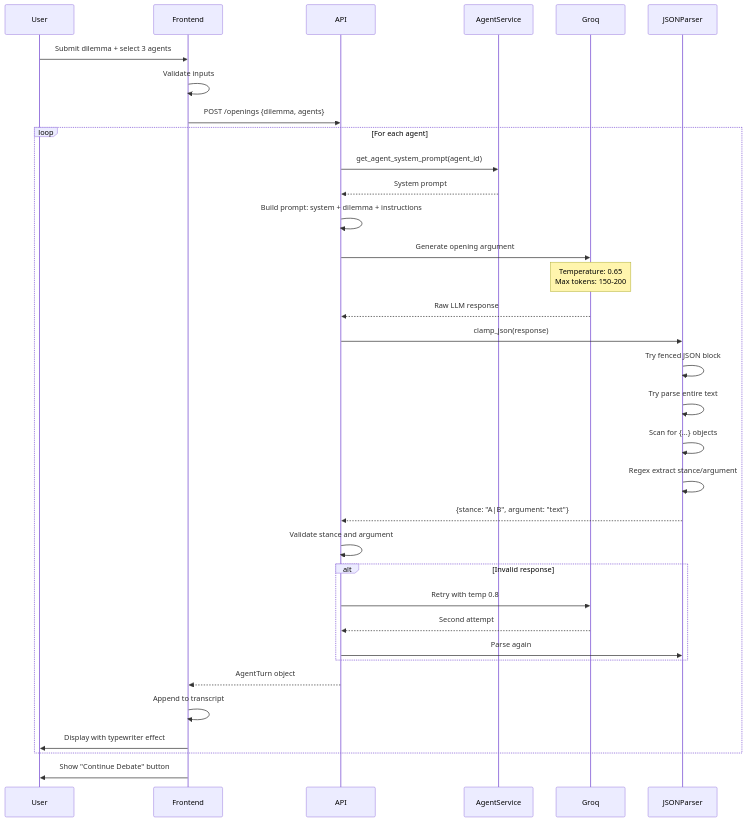
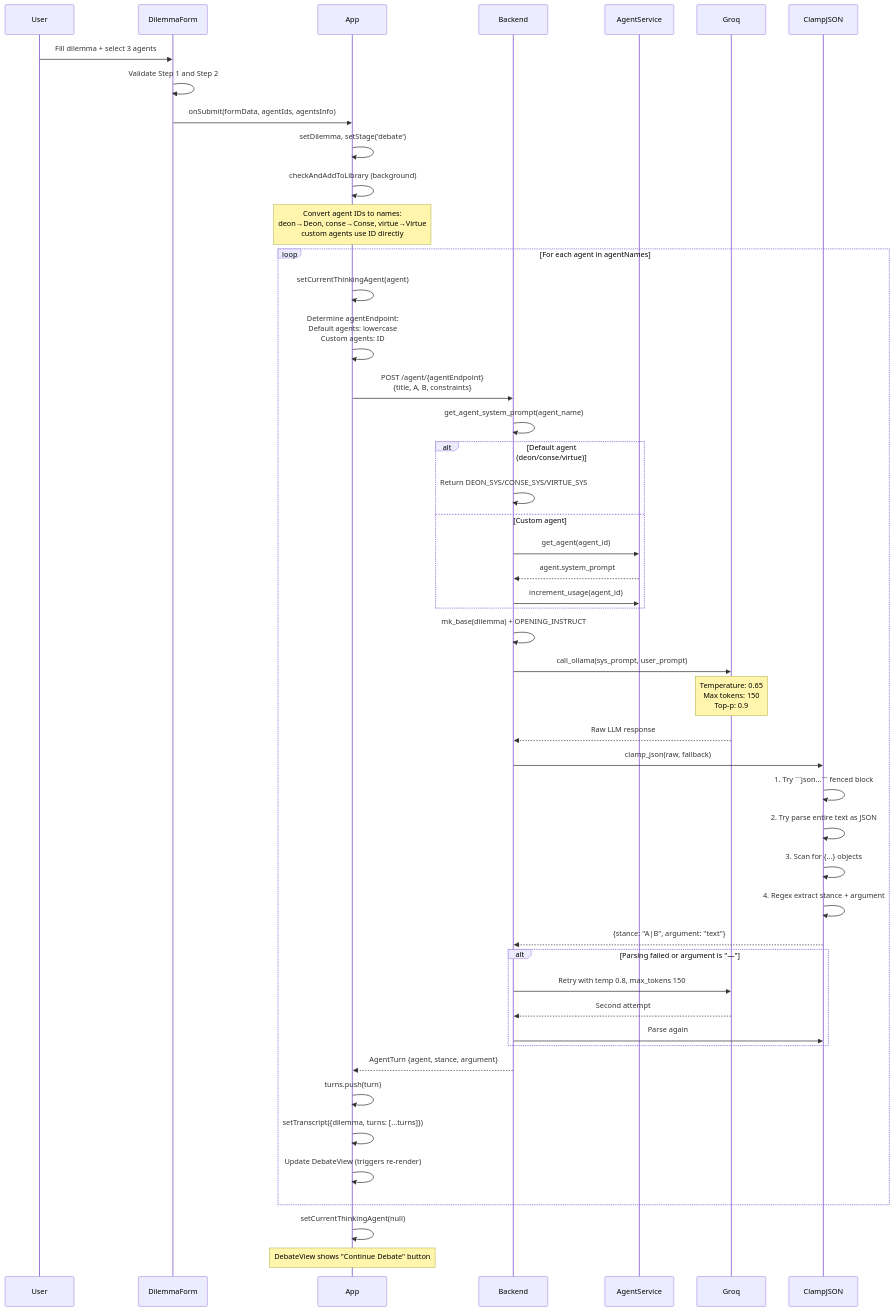
The second of 9 diagrams in docs/feature-architecture-diagrams.md (khattam/MirrorMind-AI), drawn with Mermaid before and after one commit. The commit also changed other lines of this file, not shown here.

Commit message:
Fix 1.2 Data Flow - use actual /agent/{name} loop instead of /openings endpoint

````diff
--- a/docs/feature-architecture-diagrams.md
+++ b/docs/feature-architecture-diagrams.md
@@ -134,39 +122,63 @@
 ```mermaid
 sequenceDiagram
     participant User
-    participant Frontend
-    participant API
+    participant DilemmaForm
+    participant App
+    participant Backend
     participant AgentService
     participant Groq
-    participant JSONParser
+    participant ClampJSON
     
-    User->>Frontend: Submit dilemma + select 3 agents
-    Frontend->>Frontend: Validate inputs
-    Frontend->>API: POST /openings {dilemma, agents}
+    User->>DilemmaForm: Fill dilemma + select 3 agents
+    DilemmaForm->>DilemmaForm: Validate Step 1 and Step 2
+    DilemmaForm->>App: onSubmit(formData, agentIds, agentsInfo)
     
-    loop For each agent
-        API->>AgentService: get_agent_system_prompt(agent_id)
-        AgentService-->>API: System prompt
-        API->>API: Build prompt: system + dilemma + instructions
-        API->>Groq: Generate opening argument
-        Note over Groq: Temperature: 0.65<br/>Max tokens: 150-200
-        Groq-->>API: Raw LLM response
-        API->>JSONParser: clamp_json(response)
-        JSONParser->>JSONParser: Try fenced JSON block
-        JSONParser->>JSONParser: Try parse entire text
-        JSONParser->>JSONParser: Scan for {...} objects
-        JSONParser->>JSONParser: Regex extract stance/argument
-        JSONParser-->>API: {stance: "A|B", argument: "text"}
-        API->>API: Validate stance and argument
-        alt Invalid response
-            API->>Groq: Retry with temp 0.8
-            Groq-->>API: Second attempt
-            API->>JSONParser: Parse again
+    App->>App: setDilemma, setStage('debate')
+    App->>App: checkAndAddToLibrary (background)
+    
+    Note over App: Convert agent IDs to names:<br/>deon→Deon, conse→Conse, virtue→Virtue<br/>custom agents use ID directly
+    
+    loop For each agent in agentNames
+        App->>App: setCurrentThinkingAgent(agent)
+        
+        App->>App: Determine agentEndpoint:<br/>Default agents: lowercase<br/>Custom agents: ID
+        
+        App->>Backend: POST /agent/{agentEndpoint}<br/>{title, A, B, constraints}
+        
+        Backend->>Backend: get_agent_system_prompt(agent_name)
+        
+        alt Default agent (deon/conse/virtue)
+            Backend->>Backend: Return DEON_SYS/CONSE_SYS/VIRTUE_SYS
+        else Custom agent
+            Backend->>AgentService: get_agent(agent_id)
+            AgentService-->>Backend: agent.system_prompt
+            Backend->>AgentService: increment_usage(agent_id)
         end
-        API-->>Frontend: AgentTurn object
-        Frontend->>Frontend: Append to transcript
-        Frontend->>User: Display with typewriter effect
+        
+        Backend->>Backend: mk_base(dilemma) + OPENING_INSTRUCT
+        Backend->>Groq: call_ollama(sys_prompt, user_prompt)
+        Note over Groq: Temperature: 0.65<br/>Max tokens: 150<br/>Top-p: 0.9
+        Groq-->>Backend: Raw LLM response
+        
+        Backend->>ClampJSON: clamp_json(raw, fallback)
+        ClampJSON->>ClampJSON: 1. Try ```json...``` fenced block
+        ClampJSON->>ClampJSON: 2. Try parse entire text as JSON
+        ClampJSON->>ClampJSON: 3. Scan for {...} objects
+        ClampJSON->>ClampJSON: 4. Regex extract stance + argument
+        ClampJSON-->>Backend: {stance: "A|B", argument: "text"}
+        
+        alt Parsing failed or argument is "—"
+            Backend->>Groq: Retry with temp 0.8, max_tokens 150
+            Groq-->>Backend: Second attempt
+            Backend->>ClampJSON: Parse again
+        end
+        
+        Backend-->>App: AgentTurn {agent, stance, argument}
+        App->>App: turns.push(turn)
+        App->>App: setTranscript({dilemma, turns: [...turns]})
+        App->>App: Update DebateView (triggers re-render)
     end
     
-    Frontend->>User: Show "Continue Debate" button
+    App->>App: setCurrentThinkingAgent(null)
+    Note over App: DebateView shows "Continue Debate" button
 ```
````
